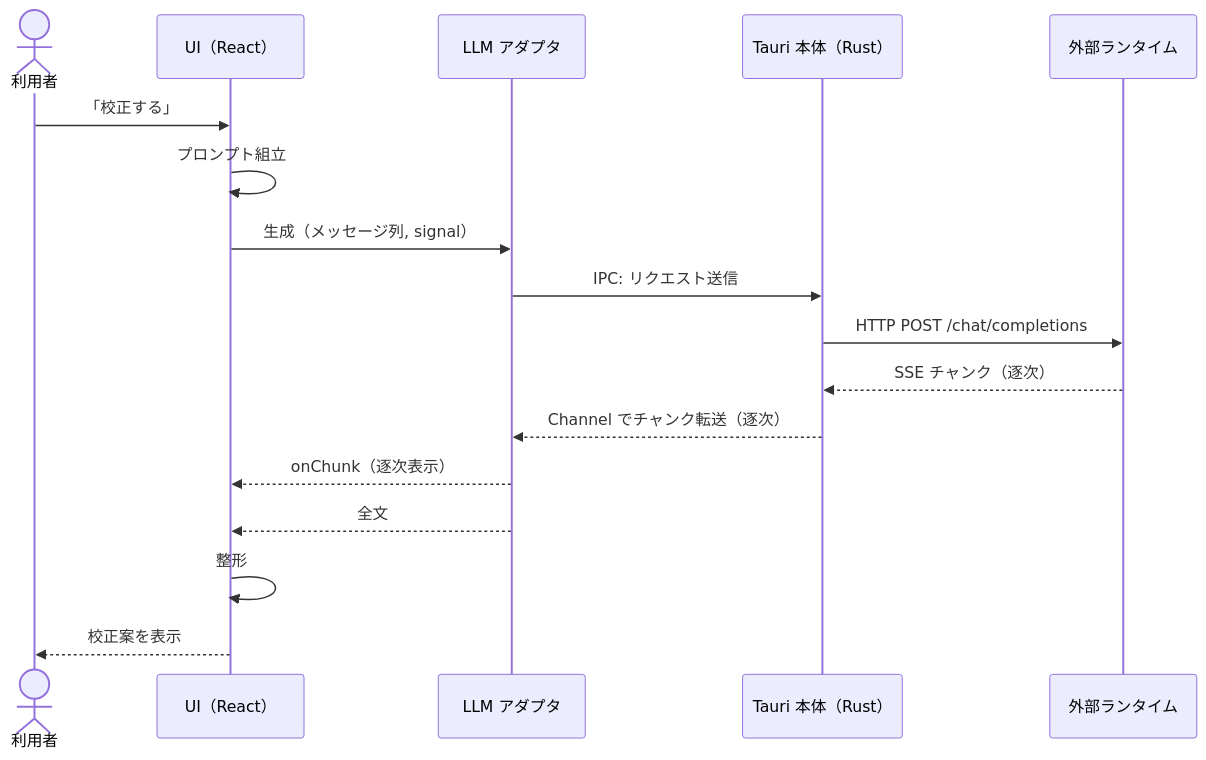
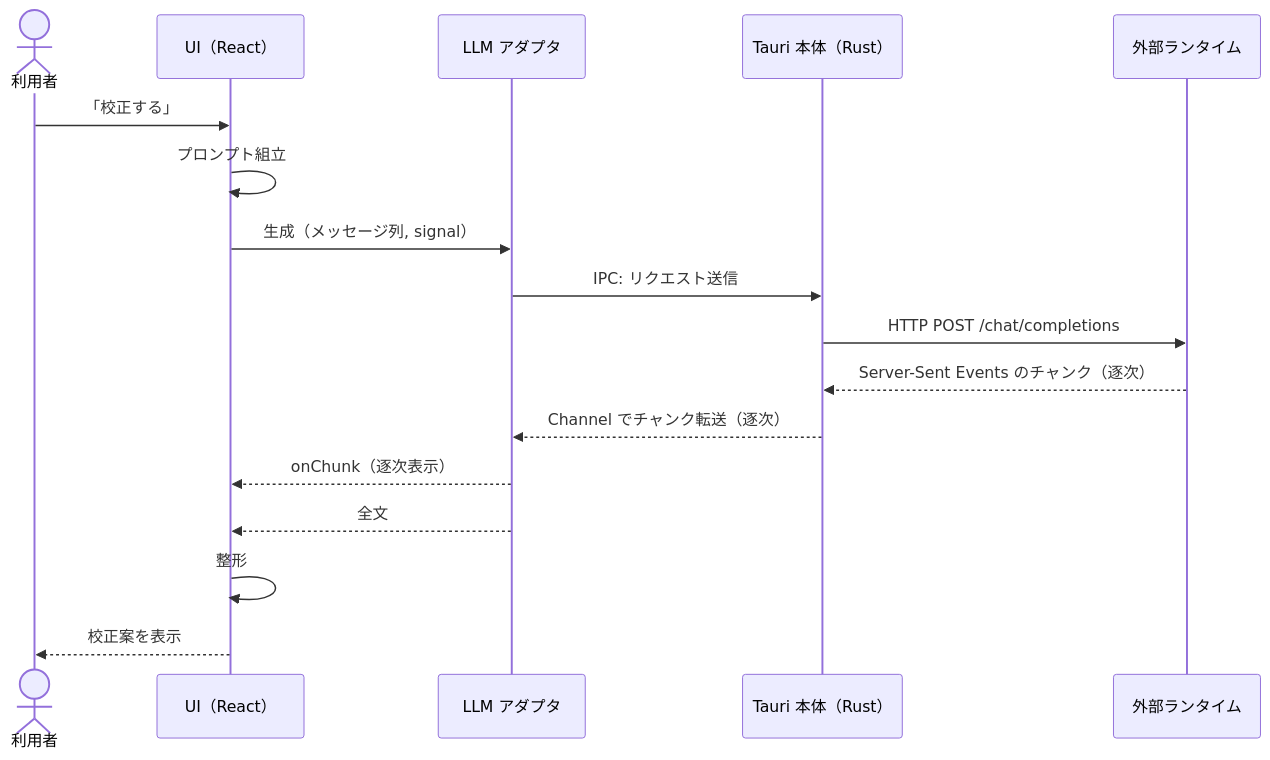
One commit to kkeisuke/message-proofreading changed the second of 2 diagrams in docs/design.md. Above: the diagram before and after it, drawn with Mermaid. The commit also changed other lines of this file, not shown here.

````diff
--- a/docs/design.md
+++ b/docs/design.md
@@ -184,20 +223,20 @@
 ```mermaid
 sequenceDiagram
     actor user as 利用者
     participant ui as UI（React）
     participant llm as LLM アダプタ
     participant rust as Tauri 本体（Rust）
     participant rt as 外部ランタイム
 
     user->>ui: 「校正する」
     ui->>ui: プロンプト組立
     ui->>llm: 生成（メッセージ列, signal）
     llm->>rust: IPC: リクエスト送信
     rust->>rt: HTTP POST /chat/completions
-    rt-->>rust: SSE チャンク（逐次）
+    rt-->>rust: Server-Sent Events のチャンク（逐次）
     rust-->>llm: Channel でチャンク転送（逐次）
     llm-->>ui: onChunk（逐次表示）
     llm-->>ui: 全文
     ui->>ui: 整形
     ui-->>user: 校正案を表示
 ```
````
